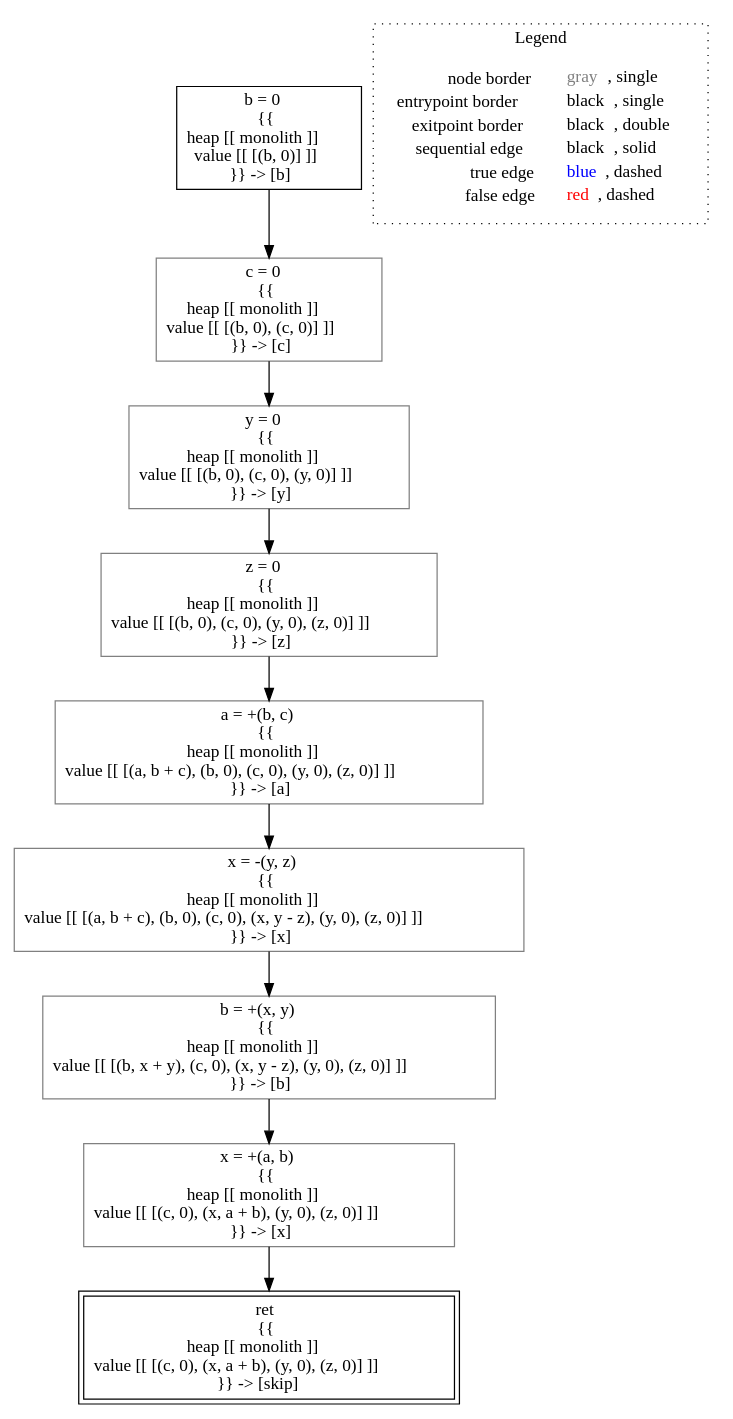
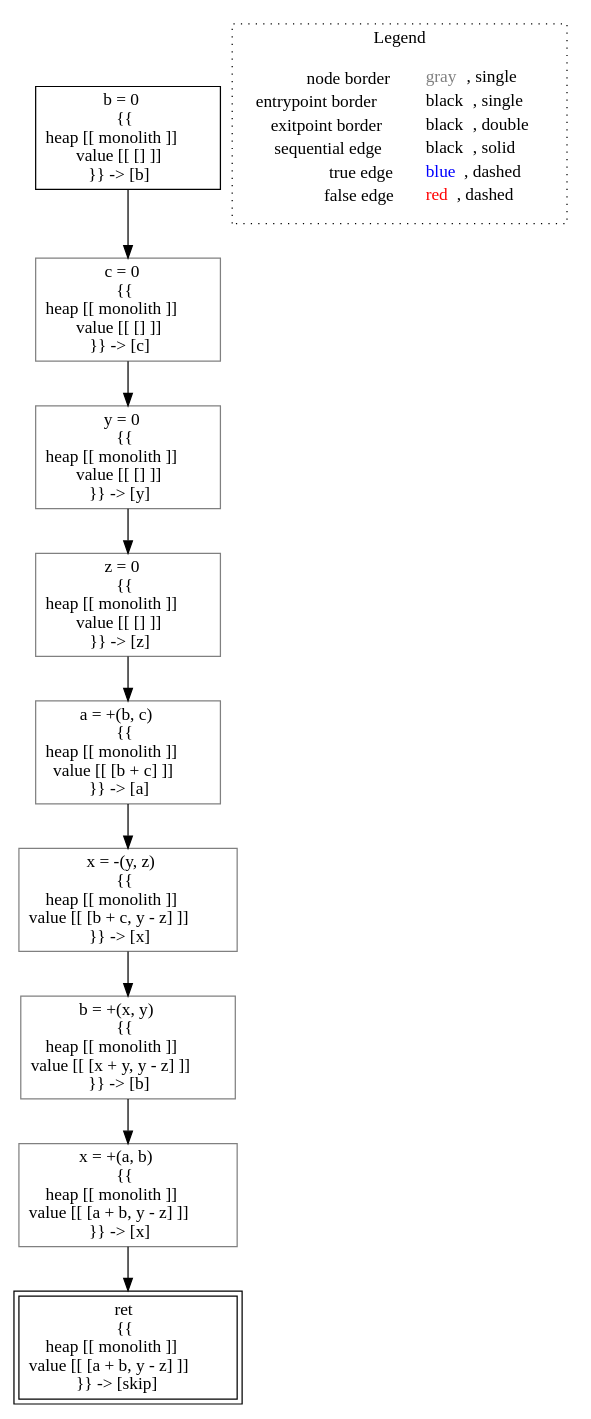
The diagram in lisa/imp-testcases/available-expressions/analysis___untyped_ae.f1(ae_this).dot (lisa-analyzer/lisa), drawn with Graphviz before and after one commit. The commit also changed 9 other files, not shown here.

```diff
--- a/lisa/imp-testcases/available-expressions/analysis___untyped_ae.f1(ae_this).dot
+++ b/lisa/imp-testcases/available-expressions/analysis___untyped_ae.f1(ae_this).dot
@@ -1,26 +1,26 @@
 digraph {
-	"node0" [shape="rect",color="black",label=<b = 0<BR/>{{<BR/>heap [[ monolith ]]<BR/>value [[ [(b, 0)] ]]<BR/>}} -&gt; [b]>];
-	"node1" [shape="rect",color="gray",label=<z = 0<BR/>{{<BR/>heap [[ monolith ]]<BR/>value [[ [(b, 0), (c, 0), (y, 0), (z, 0)] ]]<BR/>}} -&gt; [z]>];
-	"node2" [shape="rect",color="black",peripheries="2",label=<ret<BR/>{{<BR/>heap [[ monolith ]]<BR/>value [[ [(c, 0), (x, a + b), (y, 0), (z, 0)] ]]<BR/>}} -&gt; [skip]>];
-	"node3" [shape="rect",color="gray",label=<y = 0<BR/>{{<BR/>heap [[ monolith ]]<BR/>value [[ [(b, 0), (c, 0), (y, 0)] ]]<BR/>}} -&gt; [y]>];
-	"node4" [shape="rect",color="gray",label=<b = +(x, y)<BR/>{{<BR/>heap [[ monolith ]]<BR/>value [[ [(b, x + y), (c, 0), (x, y - z), (y, 0), (z, 0)] ]]<BR/>}} -&gt; [b]>];
-	"node5" [shape="rect",color="gray",label=<c = 0<BR/>{{<BR/>heap [[ monolith ]]<BR/>value [[ [(b, 0), (c, 0)] ]]<BR/>}} -&gt; [c]>];
-	"node6" [shape="rect",color="gray",label=<x = +(a, b)<BR/>{{<BR/>heap [[ monolith ]]<BR/>value [[ [(c, 0), (x, a + b), (y, 0), (z, 0)] ]]<BR/>}} -&gt; [x]>];
-	"node7" [shape="rect",color="gray",label=<x = -(y, z)<BR/>{{<BR/>heap [[ monolith ]]<BR/>value [[ [(a, b + c), (b, 0), (c, 0), (x, y - z), (y, 0), (z, 0)] ]]<BR/>}} -&gt; [x]>];
-	"node8" [shape="rect",color="gray",label=<a = +(b, c)<BR/>{{<BR/>heap [[ monolith ]]<BR/>value [[ [(a, b + c), (b, 0), (c, 0), (y, 0), (z, 0)] ]]<BR/>}} -&gt; [a]>];
-	"node1" -> "node8" [color="black"];
-	"node3" -> "node1" [color="black"];
-	"node4" -> "node6" [color="black"];
-	"node5" -> "node3" [color="black"];
-	"node6" -> "node2" [color="black"];
-	"node0" -> "node5" [color="black"];
-	"node7" -> "node4" [color="black"];
-	"node8" -> "node7" [color="black"];
+	"node0" [shape="rect",color="black",label=<b = 0<BR/>{{<BR/>heap [[ monolith ]]<BR/>value [[ [] ]]<BR/>}} -&gt; [b]>];
+	"node1" [shape="rect",color="gray",label=<a = +(b, c)<BR/>{{<BR/>heap [[ monolith ]]<BR/>value [[ [b + c] ]]<BR/>}} -&gt; [a]>];
+	"node2" [shape="rect",color="gray",label=<c = 0<BR/>{{<BR/>heap [[ monolith ]]<BR/>value [[ [] ]]<BR/>}} -&gt; [c]>];
+	"node3" [shape="rect",color="gray",label=<b = +(x, y)<BR/>{{<BR/>heap [[ monolith ]]<BR/>value [[ [x + y, y - z] ]]<BR/>}} -&gt; [b]>];
+	"node4" [shape="rect",color="black",peripheries="2",label=<ret<BR/>{{<BR/>heap [[ monolith ]]<BR/>value [[ [a + b, y - z] ]]<BR/>}} -&gt; [skip]>];
+	"node5" [shape="rect",color="gray",label=<x = +(a, b)<BR/>{{<BR/>heap [[ monolith ]]<BR/>value [[ [a + b, y - z] ]]<BR/>}} -&gt; [x]>];
+	"node6" [shape="rect",color="gray",label=<z = 0<BR/>{{<BR/>heap [[ monolith ]]<BR/>value [[ [] ]]<BR/>}} -&gt; [z]>];
+	"node7" [shape="rect",color="gray",label=<x = -(y, z)<BR/>{{<BR/>heap [[ monolith ]]<BR/>value [[ [b + c, y - z] ]]<BR/>}} -&gt; [x]>];
+	"node8" [shape="rect",color="gray",label=<y = 0<BR/>{{<BR/>heap [[ monolith ]]<BR/>value [[ [] ]]<BR/>}} -&gt; [y]>];
+	"node1" -> "node7" [color="black"];
+	"node2" -> "node8" [color="black"];
+	"node3" -> "node5" [color="black"];
+	"node5" -> "node4" [color="black"];
+	"node0" -> "node2" [color="black"];
+	"node6" -> "node1" [color="black"];
+	"node7" -> "node3" [color="black"];
+	"node8" -> "node6" [color="black"];
 subgraph cluster_legend {
 	label="Legend";
 	style=dotted;
 	node [shape=plaintext];
 	"legend" [label=<<table border="0" cellpadding="2" cellspacing="0" cellborder="0"><tr><td align="right">node border&nbsp;</td><td align="left"><font color="gray">gray</font>, single</td></tr><tr><td align="right">entrypoint border&nbsp;</td><td align="left"><font color="black">black</font>, single</td></tr><tr><td align="right">exitpoint border&nbsp;</td><td align="left"><font color="black">black</font>, double</td></tr><tr><td align="right">sequential edge&nbsp;</td><td align="left"><font color="black">black</font>, solid</td></tr><tr><td align="right">true edge&nbsp;</td><td align="left"><font color="blue">blue</font>, dashed</td></tr><tr><td align="right">false edge&nbsp;</td><td align="left"><font color="red">red</font>, dashed</td></tr></table>>];
 }
 
 }
```
